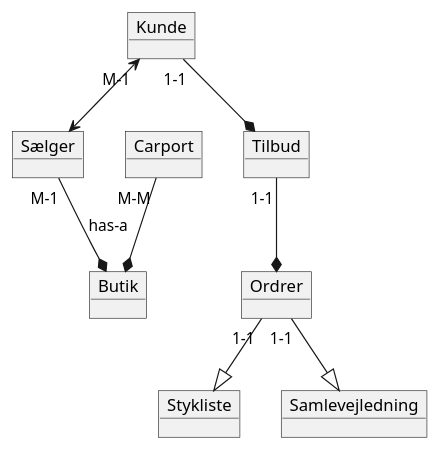
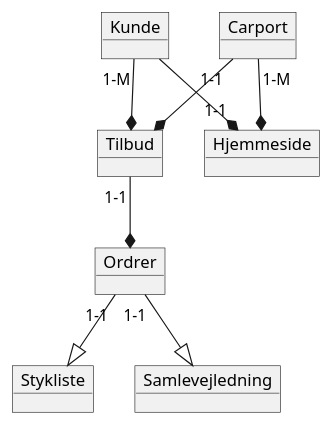
The diagram in src/main/resources/diagrams/domain/domain.puml (RodneyMuyanga/2.-semesterprojekt-FOG), drawn with PlantUML before and after one commit.

Commit message:
domain.puml

```diff
--- a/src/main/resources/diagrams/domain/domain.puml
+++ b/src/main/resources/diagrams/domain/domain.puml
@@ -1,24 +1,25 @@
 @startuml
 'https://plantuml.com/class-diagram
 
+
 object Kunde
 object Carport
-object Sælger
 object Tilbud
-object Butik
+object Hjemmeside
 object Ordrer
 object Stykliste
 object Samlevejledning
 
-Sælger "M-1"  --* Butik : has-a
-Kunde "M-1"<--> Sælger
-Kunde "1-1"--* Tilbud
-Carport "M-M"--* Butik
+Kunde --* "1-1" Hjemmeside
+Carport "1-M"--* Hjemmeside
 Tilbud "1-1"--* Ordrer
 Ordrer "1-1" --|> Stykliste
 Ordrer "1-1" --|> Samlevejledning
+Carport "1-1" --* Tilbud
+Kunde "1-M"--* Tilbud
+
 
 
 
 
 @enduml
```
